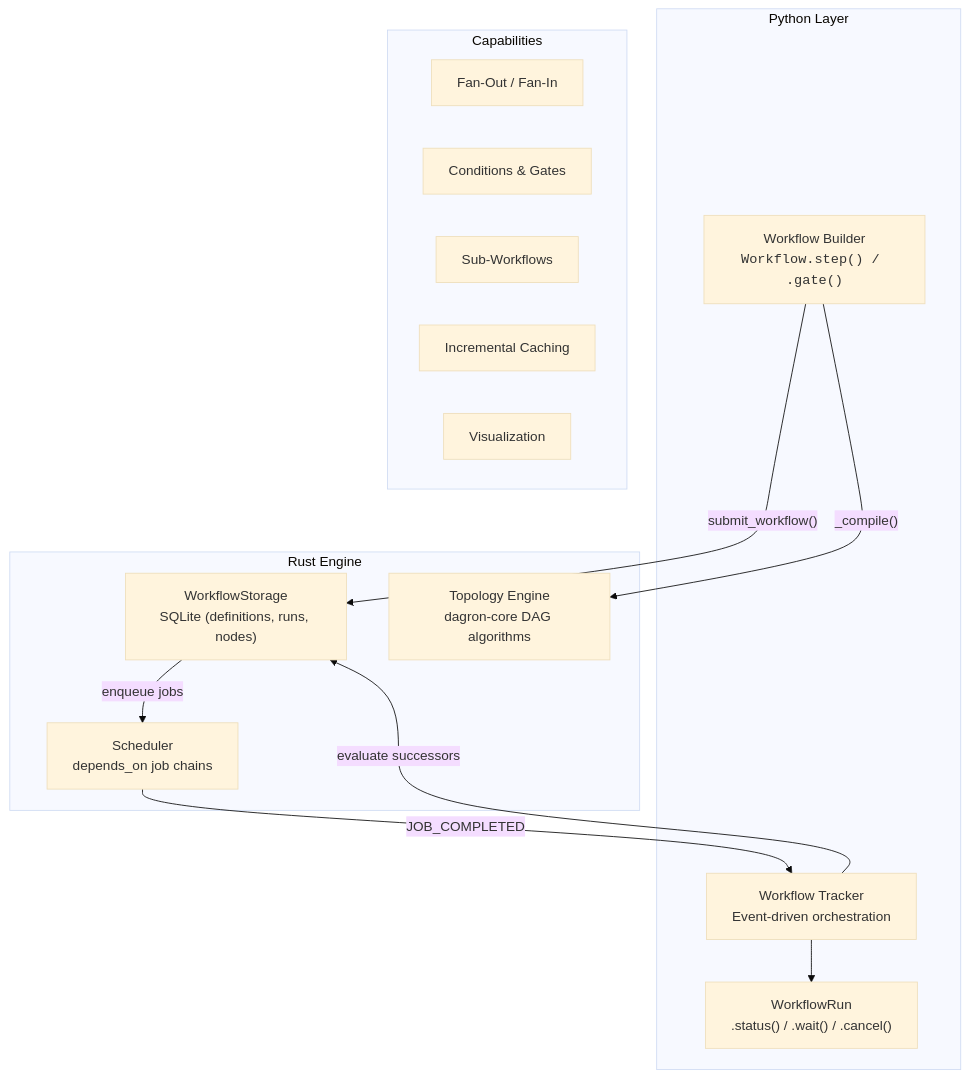
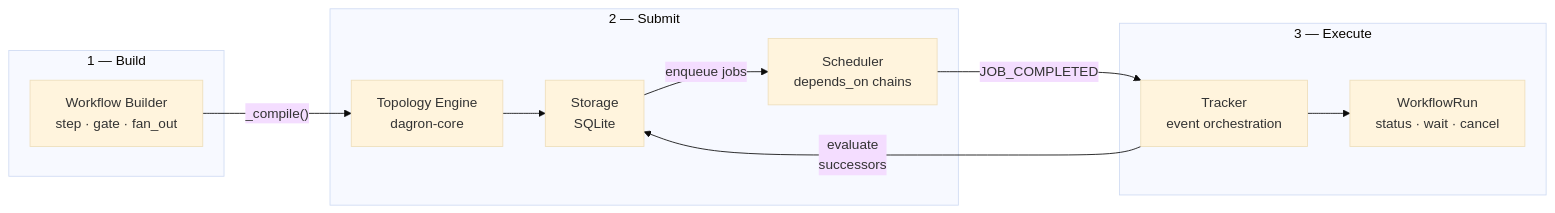
The diagram in docs/workflows/index.md (ByteVeda/taskito), drawn with Mermaid (base theme) before and after one commit.

Commit message:
fix(docs): restructure workflow architecture diagram as LR pipeline

````diff
--- a/docs/workflows/index.md
+++ b/docs/workflows/index.md
@@ -5,29 +5,24 @@
 ```mermaid
-graph TB
-    subgraph Python["Python Layer"]
-        WB["Workflow Builder<br/><code>Workflow.step() / .gate()</code>"]
-        WT["Workflow Tracker<br/>Event-driven orchestration"]
-        WR["WorkflowRun<br/>.status() / .wait() / .cancel()"]
+graph LR
+    subgraph Build["1 — Build"]
+        WB["Workflow Builder<br/>step · gate · fan_out"]
     end
 
-    subgraph Rust["Rust Engine"]
-        WS["WorkflowStorage<br/>SQLite (definitions, runs, nodes)"]
-        TE["Topology Engine<br/>dagron-core DAG algorithms"]
-        SC["Scheduler<br/>depends_on job chains"]
+    subgraph Submit["2 — Submit"]
+        TE["Topology Engine<br/>dagron-core"]
+        WS["Storage<br/>SQLite"]
+        SC["Scheduler<br/>depends_on chains"]
     end
 
-    subgraph Features["Capabilities"]
-        FO["Fan-Out / Fan-In"]
-        CD["Conditions & Gates"]
-        SW["Sub-Workflows"]
-        IC["Incremental Caching"]
-        VZ["Visualization"]
+    subgraph Run["3 — Execute"]
+        WT["Tracker<br/>event orchestration"]
+        WR["WorkflowRun<br/>status · wait · cancel"]
     end
 
-    WB -->|"_compile()"| TE
-    WB -->|"submit_workflow()"| WS
-    WS -->|"enqueue jobs"| SC
-    SC -->|"JOB_COMPLETED"| WT
-    WT -->|"evaluate successors"| WS
+    WB -- "_compile()" --> TE
+    TE --> WS
+    WS -- "enqueue jobs" --> SC
+    SC -- "JOB_COMPLETED" --> WT
+    WT -- "evaluate<br/>successors" --> WS
     WT --> WR
 ```
````
